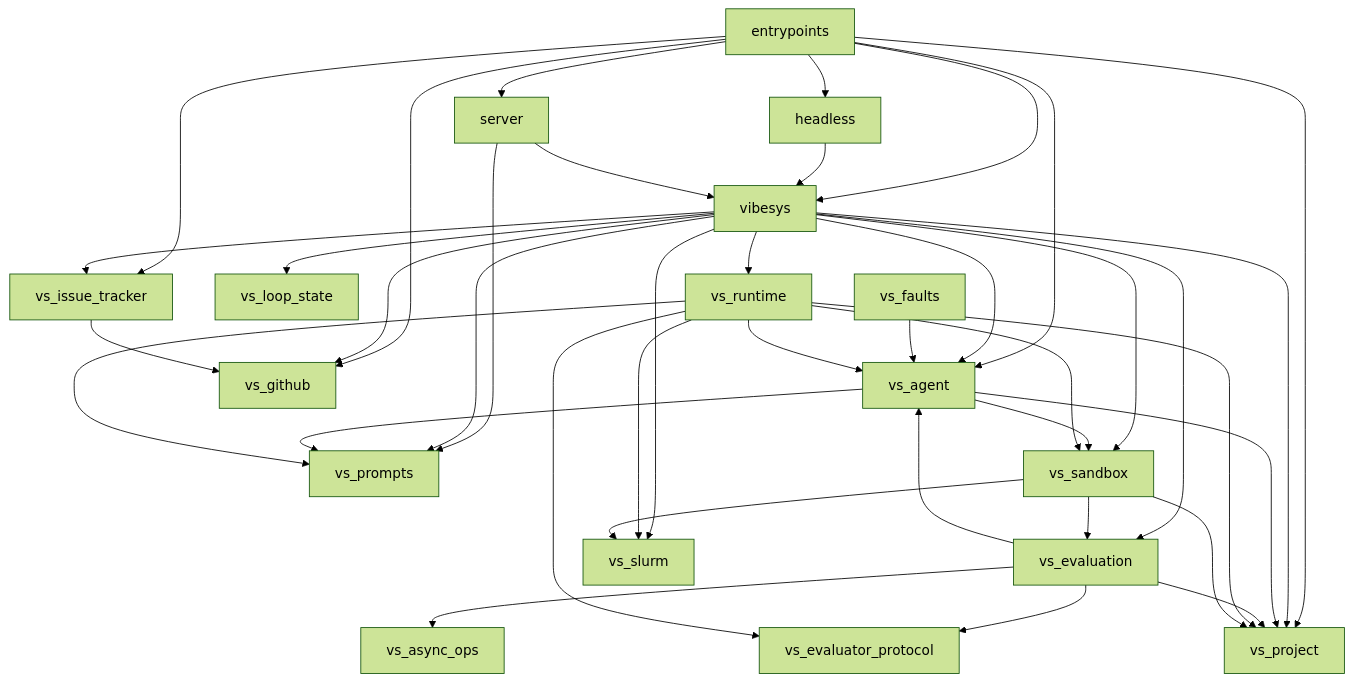
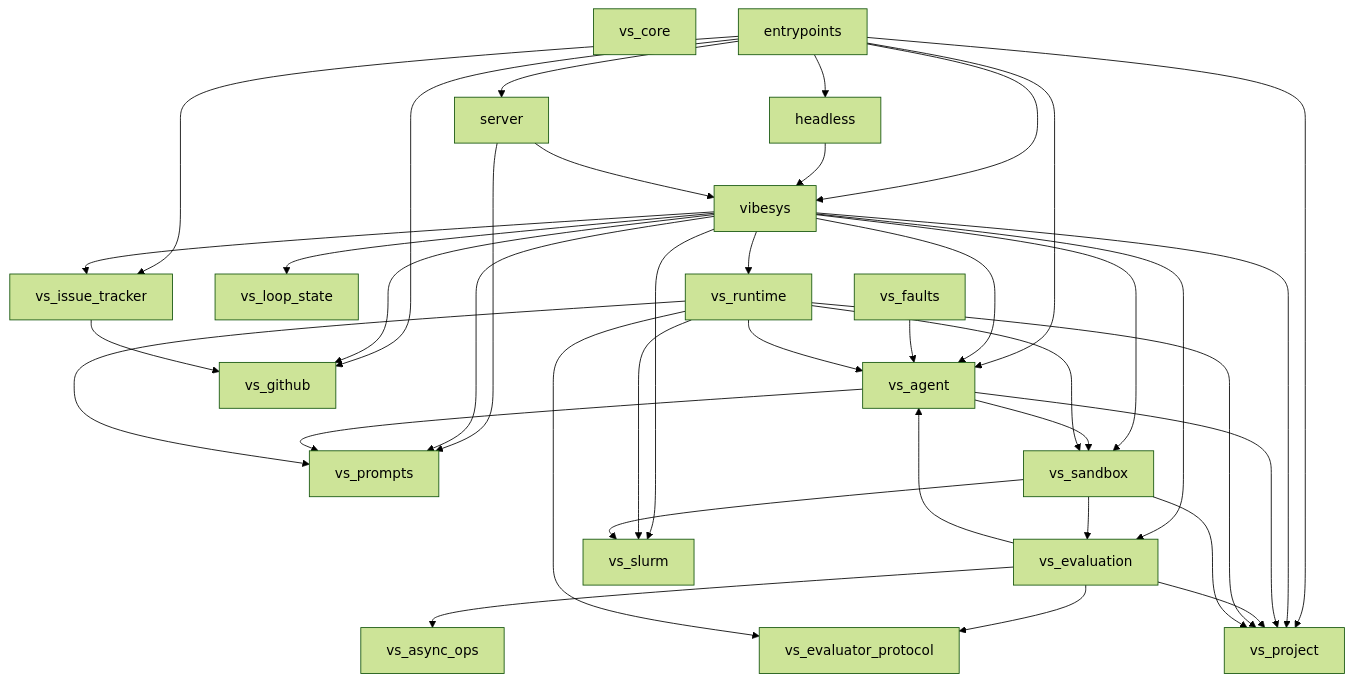
Before and after one commit to uw-syfi/vibesys: the first of 3 diagrams in docs/contributing/architecture.md, drawn with Mermaid (forest theme). The commit also changed other lines of this file and 4 other files, not shown here.

````diff
--- a/docs/contributing/architecture.md
+++ b/docs/contributing/architecture.md
@@ -75,41 +75,42 @@
 ```mermaid
 graph TD
+    vs_core
     entrypoints --> headless
     entrypoints --> server
     entrypoints --> vibesys
     entrypoints --> vs_agent
     entrypoints --> vs_github
     entrypoints --> vs_issue_tracker
     entrypoints --> vs_project
     headless --> vibesys
     server --> vibesys
     server --> vs_prompts
     vibesys --> vs_agent
     vibesys --> vs_evaluation
     vibesys --> vs_github
     vibesys --> vs_issue_tracker
     vibesys --> vs_loop_state
     vibesys --> vs_project
     vibesys --> vs_prompts
     vibesys --> vs_runtime
     vibesys --> vs_sandbox
     vibesys --> vs_slurm
     vs_agent --> vs_project
     vs_agent --> vs_prompts
     vs_agent --> vs_sandbox
     vs_evaluation --> vs_agent
     vs_evaluation --> vs_async_ops
     vs_evaluation --> vs_evaluator_protocol
     vs_evaluation --> vs_project
     vs_faults --> vs_agent
     vs_issue_tracker --> vs_github
     vs_runtime --> vs_agent
     vs_runtime --> vs_evaluator_protocol
     vs_runtime --> vs_project
     vs_runtime --> vs_prompts
     vs_runtime --> vs_sandbox
     vs_runtime --> vs_slurm
     vs_sandbox --> vs_evaluation
     vs_sandbox --> vs_project
     vs_sandbox --> vs_slurm
 ```
````
